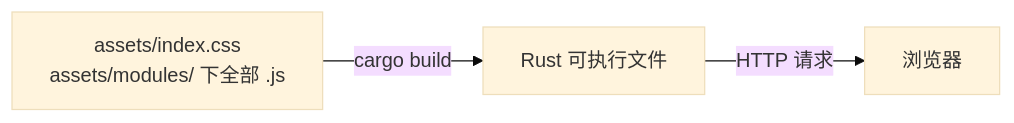
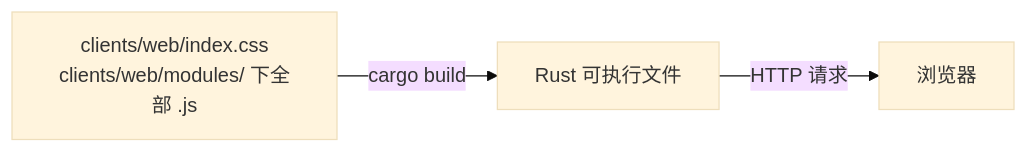
The first of 6 diagrams in docs/beginner-guide/06-frontend-guide.md (isarmg/dufs-ram), drawn with Mermaid (base theme) before and after one commit. The commit also changed other lines of this file and 15 other files, not shown here.

````diff
--- a/docs/beginner-guide/06-frontend-guide.md
+++ b/docs/beginner-guide/06-frontend-guide.md
@@ -50,5 +50,5 @@
 ```mermaid
 flowchart LR
-    A[assets/index.css<br/>assets/modules/ 下全部 .js] -->|cargo build| B[Rust 可执行文件]
+    A[clients/web/index.css<br/>clients/web/modules/ 下全部 .js] -->|cargo build| B[Rust 可执行文件]
     B -->|HTTP 请求| C[浏览器]
 ```
````
